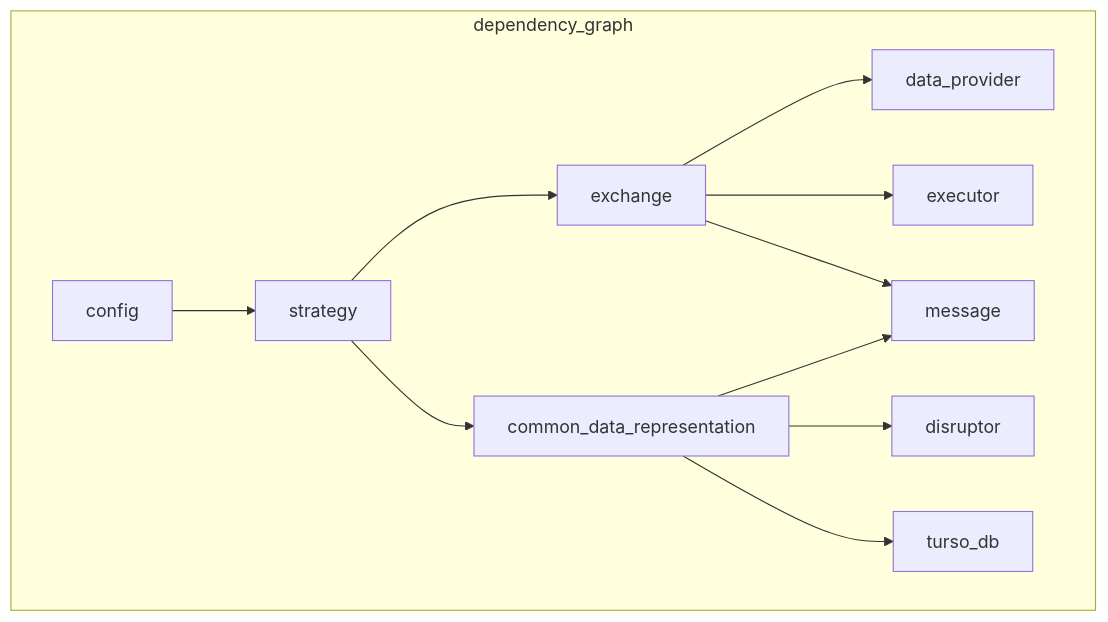
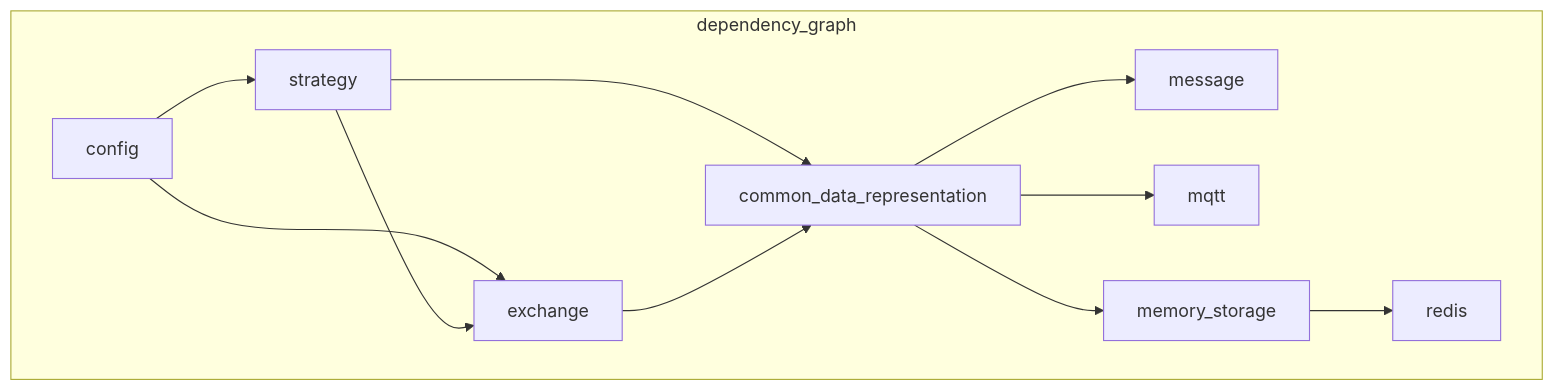
The second of 4 diagrams in README.md (sbOogway/smm), drawn with Mermaid before and after one commit. The commit also changed other lines of this file, not shown here.

Commit message:
docs: update architecture diagrams in readme

````diff
--- a/README.md
+++ b/README.md
@@ -70,17 +72,18 @@
 ```mermaid
 flowchart TD
     subgraph dependency_graph
         config --> strategy
+        config --> exchange
 
         strategy --> exchange
         strategy --> common_data_representation
 
-        exchange --> data_provider
-        exchange --> executor
-        exchange --> message
+        exchange --> common_data_representation
 
-        common_data_representation --> disruptor
-        common_data_representation --> turso_db
         common_data_representation --> message
+        common_data_representation --> mqtt
+        common_data_representation --> memory_storage
+
+        memory_storage --> redis
     end
 ```
````
